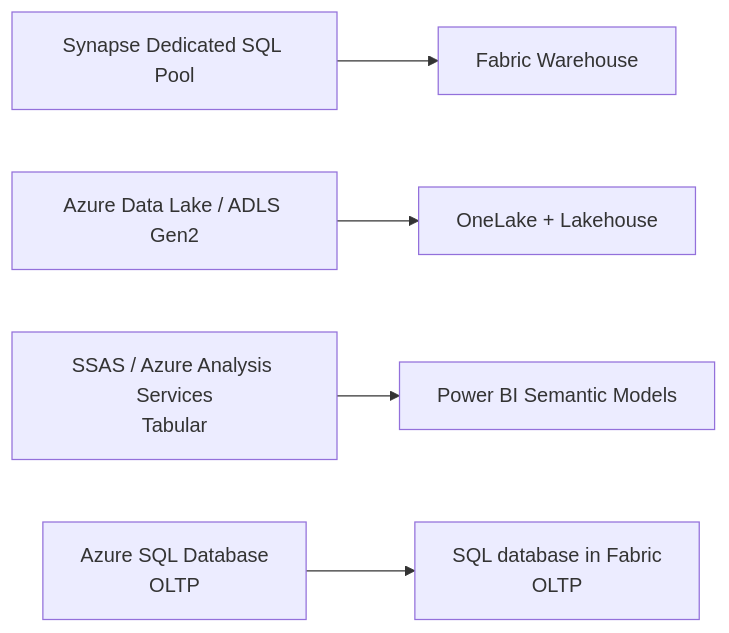
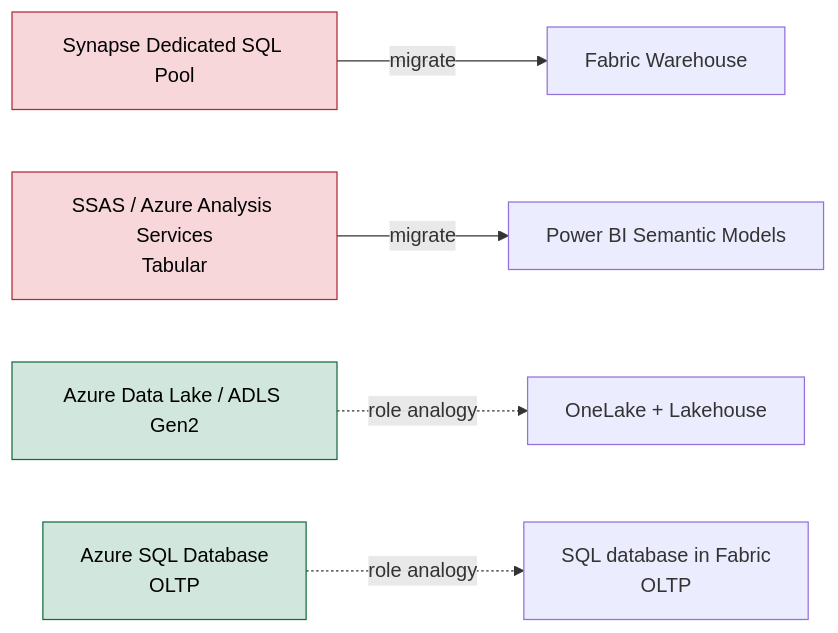
Before and after one commit to darioairoldi/Learn: the diagram in 03.00-tech/03.01-data/04-microsoft-fabric/04.01-mapping-fabric-to-legacy-data-products.md, drawn with Mermaid. The commit also changed other lines of this file and 4 other files, not shown here.

````diff
--- a/03.00-tech/03.01-data/04-microsoft-fabric/04.01-mapping-fabric-to-legacy-data-products.md
+++ b/03.00-tech/03.01-data/04-microsoft-fabric/04.01-mapping-fabric-to-legacy-data-products.md
@@ -40,7 +42,12 @@
 ```mermaid
 flowchart LR
-    SP[Synapse Dedicated SQL Pool] --> WH[Fabric Warehouse]
-    ADLS[Azure Data Lake / ADLS Gen2] --> OLL[OneLake + Lakehouse]
-    AAS[SSAS / Azure Analysis Services<br/>Tabular] --> SM[Power BI Semantic Models]
-    ASQL[Azure SQL Database<br/>OLTP] --> FSQL[SQL database in Fabric<br/>OLTP]
+    SP[Synapse Dedicated SQL Pool] -- migrate --> WH[Fabric Warehouse]
+    AAS[SSAS / Azure Analysis Services<br/>Tabular] -- migrate --> SM[Power BI Semantic Models]
+    ADLS[Azure Data Lake / ADLS Gen2] -. role analogy .-> OLL[OneLake + Lakehouse]
+    ASQL[Azure SQL Database<br/>OLTP] -. role analogy .-> FSQL[SQL database in Fabric<br/>OLTP]
+
+    classDef legacy fill:#f8d7da,stroke:#b02a37,color:#000
+    classDef current fill:#d1e7dd,stroke:#146c43,color:#000
+    class SP,AAS legacy
+    class ADLS,ASQL current
 ```
````
